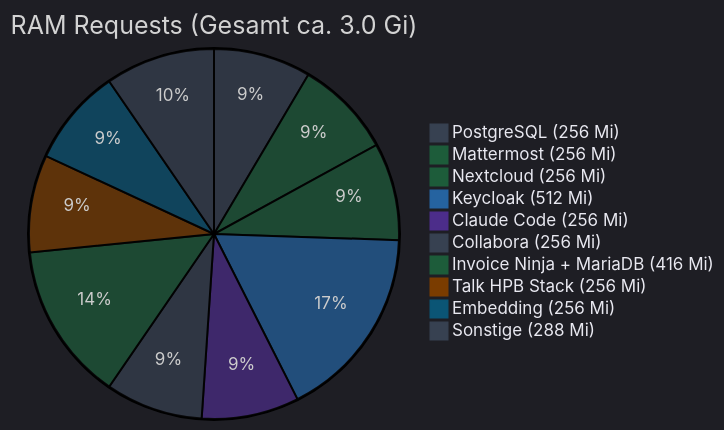
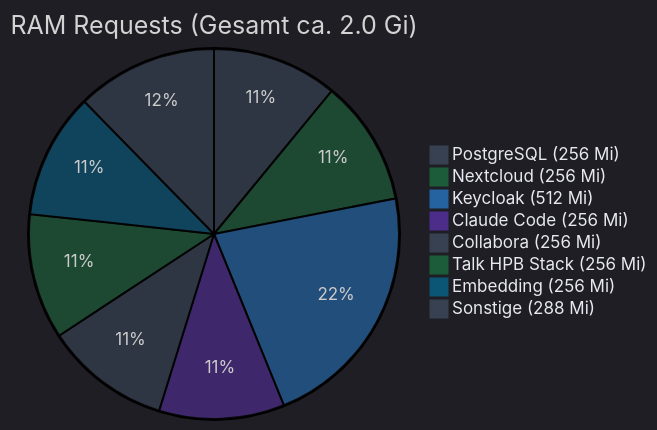
The diagram in docs/services.md (Paddione/Bachelorprojekt), drawn with Mermaid before and after one commit. The commit also changed other lines of this file and 11 other files, not shown here.

First line of the commit message:
docs: overhaul documentation to reflect current architecture

````diff
--- a/docs/services.md
+++ b/docs/services.md
@@ -330,14 +301,12 @@
 ```mermaid
-%%{init: {'theme': 'dark', 'themeVariables': {'background': '#1a2235', 'mainBkg': '#1a2235', 'pie1': '#374151', 'pie2': '#1d5c3a', 'pie3': '#1d5c3a', 'pie4': '#2563a0', 'pie5': '#4c2d8a', 'pie6': '#374151', 'pie7': '#1d5c3a', 'pie8': '#7a3c00', 'pie9': '#0b5575', 'pie10': '#374151', 'pieTextColor': '#e8e8f0', 'pieLegendTextColor': '#e8e8f0', 'pieLabelTextColor': '#e8e8f0'}}}%%
-pie title RAM Requests (Gesamt ca. 3.0 Gi)
+%%{init: {'theme': 'dark', 'themeVariables': {'background': '#1a2235', 'mainBkg': '#1a2235', 'pie1': '#374151', 'pie2': '#1d5c3a', 'pie3': '#2563a0', 'pie4': '#4c2d8a', 'pie5': '#374151', 'pie6': '#1d5c3a', 'pie7': '#0b5575', 'pie8': '#374151', 'pieTextColor': '#e8e8f0', 'pieLegendTextColor': '#e8e8f0', 'pieLabelTextColor': '#e8e8f0'}}}%%
+pie title RAM Requests (Gesamt ca. 2.0 Gi)
     "PostgreSQL (256 Mi)" : 256
-    "Mattermost (256 Mi)" : 256
     "Nextcloud (256 Mi)" : 256
     "Keycloak (512 Mi)" : 512
     "Claude Code (256 Mi)" : 256
     "Collabora (256 Mi)" : 256
-    "Invoice Ninja + MariaDB (416 Mi)" : 416
     "Talk HPB Stack (256 Mi)" : 256
     "Embedding (256 Mi)" : 256
     "Sonstige (288 Mi)" : 288
 ```
````
